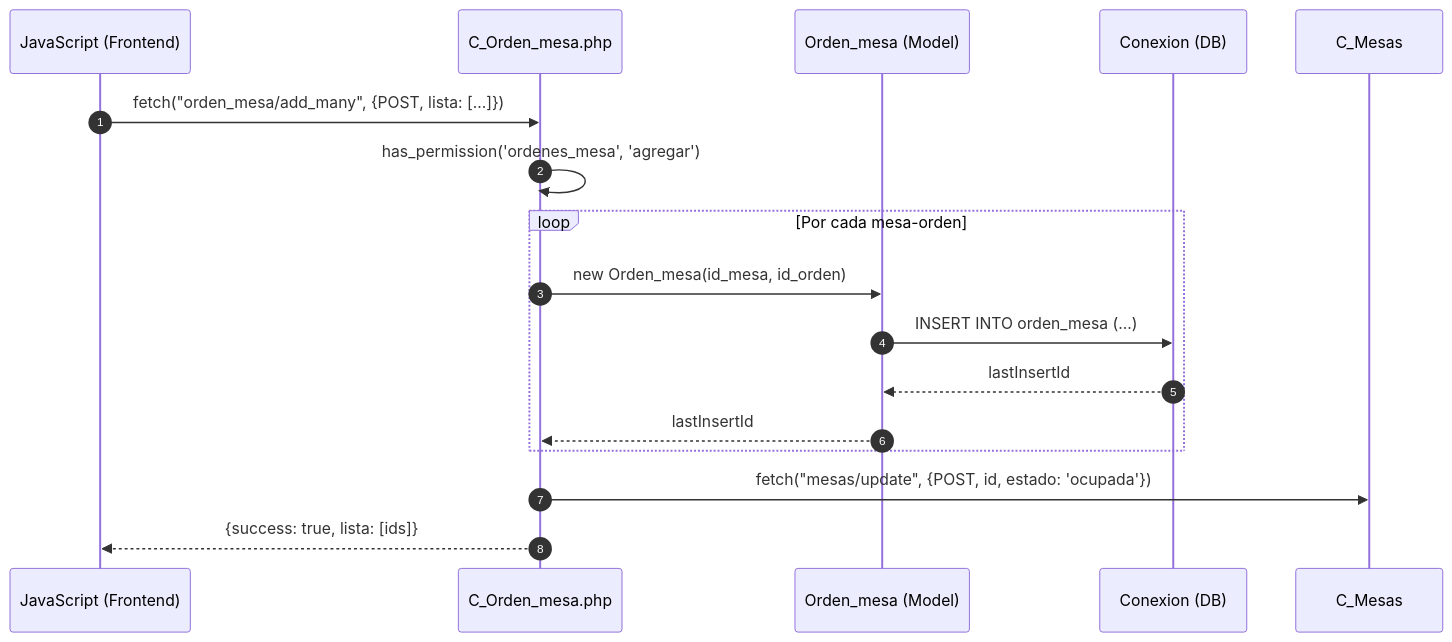
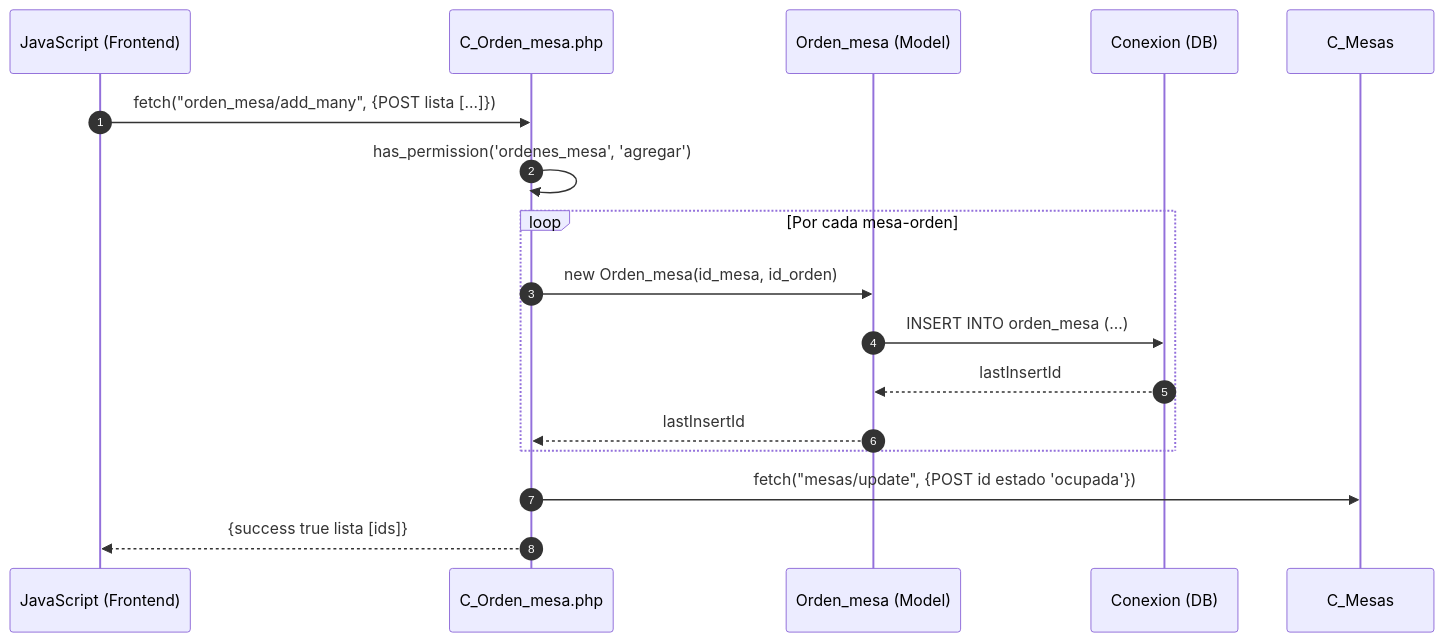
Before and after one commit to Tecrato/BurgerHouse: the fourth of 5 diagrams in docs/secuencia/mesas/mesas.md, drawn with Mermaid. The commit also changed other lines of this file and 13 other files, not shown here.

Commit message:
diagramas de secuencia

````diff
--- a/docs/secuencia/mesas/mesas.md
+++ b/docs/secuencia/mesas/mesas.md
@@ -88,23 +88,23 @@
 ```mermaid
 sequenceDiagram
     autonumber
     participant JS as JavaScript (Frontend)
     participant C_Orden_mesa as C_Orden_mesa.php
     participant Orden_mesa as Orden_mesa (Model)
     participant DB as Conexion (DB)
     
-    JS->>C_Orden_mesa: fetch("orden_mesa/add_many", {POST, lista: [...]})
+    JS->>C_Orden_mesa: fetch("orden_mesa/add_many", {POST lista [...]})
     
     C_Orden_mesa->>C_Orden_mesa: has_permission('ordenes_mesa', 'agregar')
     
     loop Por cada mesa-orden
         C_Orden_mesa->>Orden_mesa: new Orden_mesa(id_mesa, id_orden)
         Orden_mesa->>DB: INSERT INTO orden_mesa (...)
         DB-->>Orden_mesa: lastInsertId
         Orden_mesa-->>C_Orden_mesa: lastInsertId
     end
     
-    C_Orden_mesa->>C_Mesas: fetch("mesas/update", {POST, id, estado: 'ocupada'})
+    C_Orden_mesa->>C_Mesas: fetch("mesas/update", {POST id estado 'ocupada'})
     
-    C_Orden_mesa-->>JS: {success: true, lista: [ids]}
+    C_Orden_mesa-->>JS: {success true lista [ids]}
 ```
````
